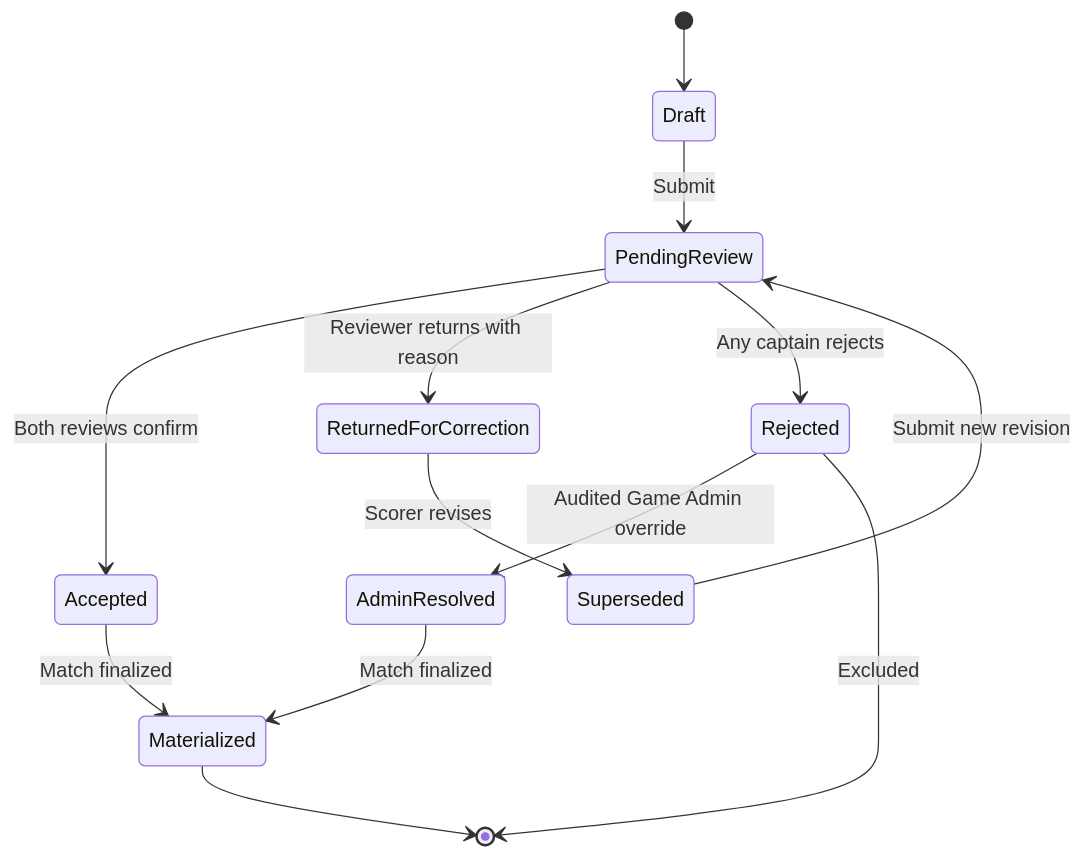
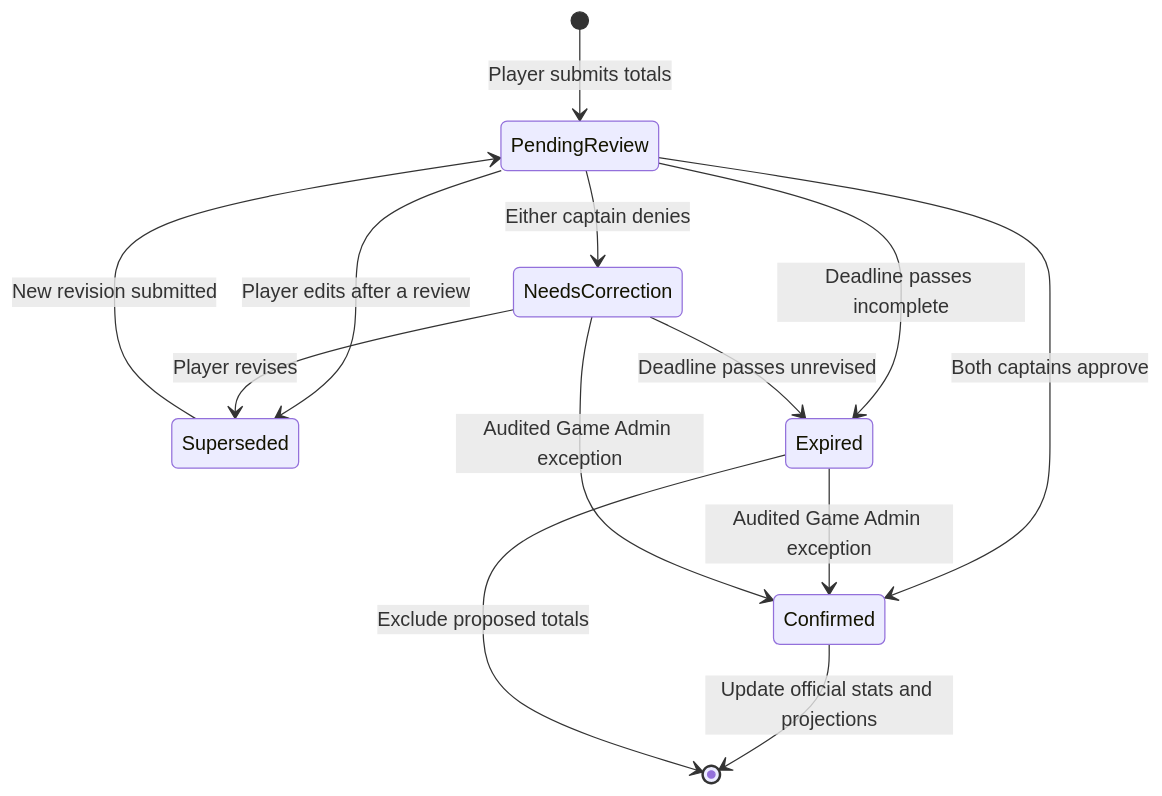
One commit to tobikareem/SouthBaySoccer changed the third of 3 diagrams in documentation/match-stats-confirmation-architecture-plan.md. Above: the diagram before and after it, drawn with Mermaid. The commit also changed other lines of this file and 65 other files, not shown here.

````diff
--- a/documentation/match-stats-confirmation-architecture-plan.md
+++ b/documentation/match-stats-confirmation-architecture-plan.md
@@ -135,15 +223,15 @@
 ```mermaid
 stateDiagram-v2
-    [*] --> Draft
-    Draft --> PendingReview: Submit
-    PendingReview --> Accepted: Both reviews confirm
-    PendingReview --> ReturnedForCorrection: Reviewer returns with reason
-    ReturnedForCorrection --> Superseded: Scorer revises
-    Superseded --> PendingReview: Submit new revision
-    PendingReview --> Rejected: Any captain rejects
-    Rejected --> AdminResolved: Audited Game Admin override
-    Accepted --> Materialized: Match finalized
-    AdminResolved --> Materialized: Match finalized
-    Rejected --> [*]: Excluded
-    Materialized --> [*]
+    [*] --> PendingReview: Player submits totals
+    PendingReview --> Confirmed: Both captains approve
+    PendingReview --> NeedsCorrection: Either captain denies
+    PendingReview --> Superseded: Player edits after a review
+    NeedsCorrection --> Superseded: Player revises
+    Superseded --> PendingReview: New revision submitted
+    PendingReview --> Expired: Deadline passes incomplete
+    NeedsCorrection --> Expired: Deadline passes unrevised
+    Expired --> Confirmed: Audited Game Admin exception
+    NeedsCorrection --> Confirmed: Audited Game Admin exception
+    Confirmed --> [*]: Update official stats and projections
+    Expired --> [*]: Exclude proposed totals
 ```
````
